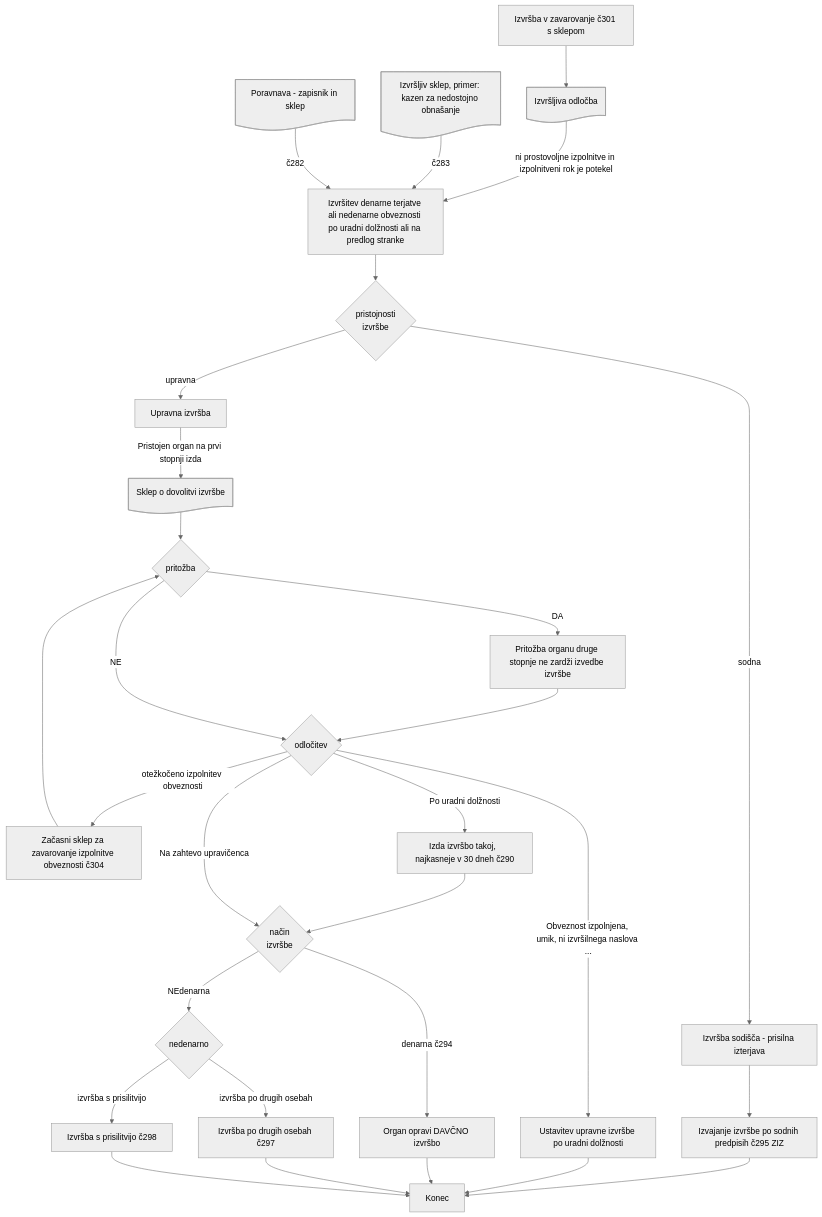
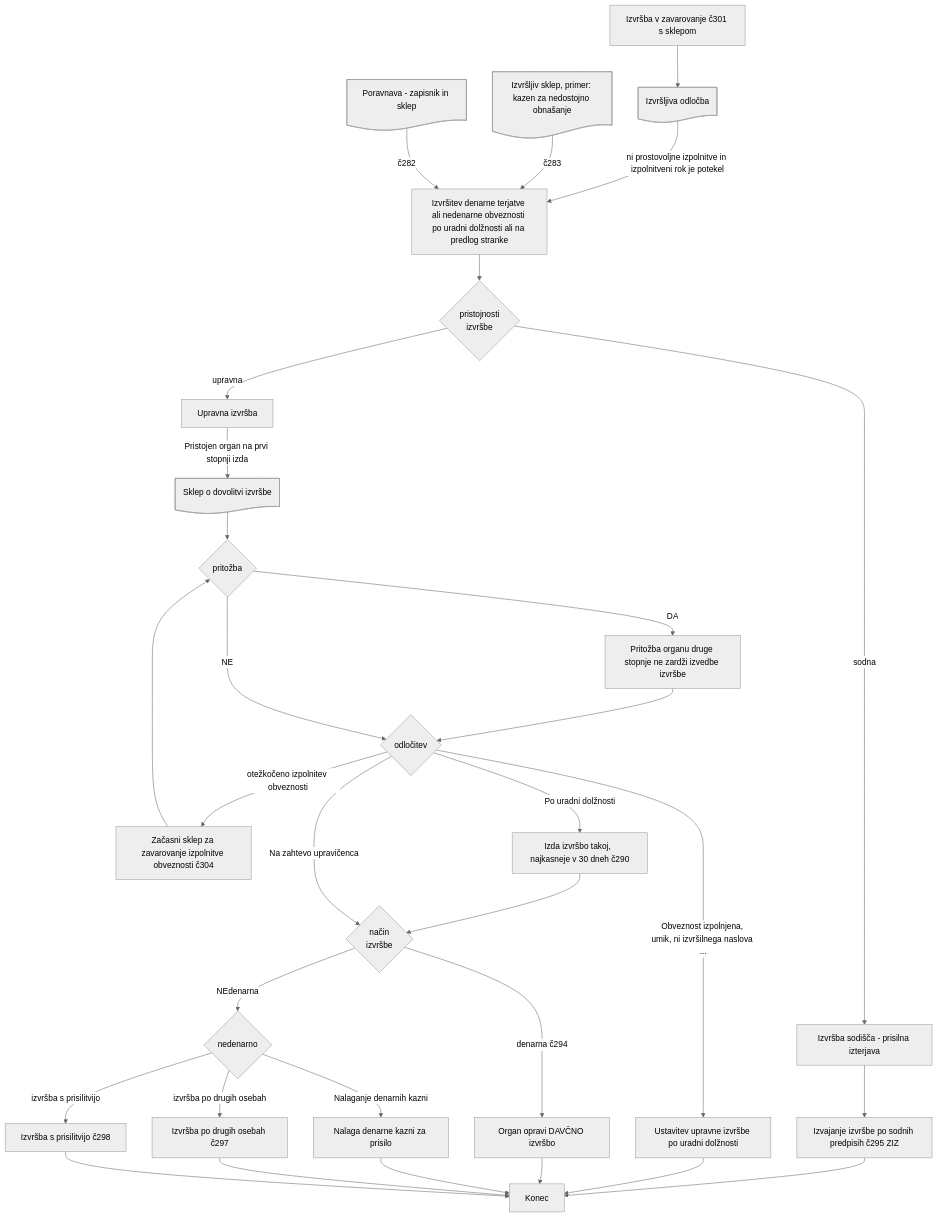
One commit to jernejiv/ZUP changed the diagram in podprocesi/izvrsba.md. Above: the diagram before and after it, drawn with Mermaid (neutral theme).

Commit message:
Update izvrsba.md - nedenarni kazni

````diff
--- a/podprocesi/izvrsba.md
+++ b/podprocesi/izvrsba.md
@@ -3,39 +3,41 @@
 ```mermaid
 flowchart TD
     ZAVIZV[Izvršba v zavarovanje č301 s sklepom]
     ZAVIZV --> ODL
     ODL["Izvršljiva odločba"]
     IS@{shape: doc, label: "Izvršljiv sklep, primer: kazen za nedostojno obnašanje"}
     POR@{shape: doc, label: "Poravnava - zapisnik in sklep"}
     ODL --> |ni prostovoljne izpolnitve in izpolnitveni rok je potekel| IZV[Izvršitev denarne terjatve ali nedenarne obveznosti po uradni dolžnosti ali na predlog stranke]
     IS --> |č283| IZV
     POR --> |č282| IZV
     IZV --> VI1{pristojnosti<BR> izvršbe}
     VI1 --> |sodna| IZV1[Izvršba sodišča - prisilna izterjava]
         IZV1 --> SODIZV[Izvajanje izvršbe po sodnih predpisih č295 ZIZ]
         SODIZV --> KON
     VI1 --> |upravna| IZV2[Upravna izvršba]
         IZV2 --> |Pristojen organ na prvi stopnji izda| SOI@{shape: doc, label: "Sklep o dovolitvi izvršbe"}        
         SOI --> IZVPRI{pritožba}
         IZVPRI --> |DA| C292[Pritožba organu druge stopnje ne zardži izvedbe izvršbe]
             C292 --> VI3
         IZVPRI --> |NE| VI3{odločitev}
         VI3 --> |Obveznost izpolnjena, umik, ni izvršilnega naslova ...| UST[Ustavitev upravne izvršbe po uradni dolžnosti]
             UST --> KON
         VI3 --> |otežkočeno izpolnitev obveznosti| IZVZAV[Začasni sklep za zavarovanje izpolnitve obveznosti č304]
             IZVZAV --> IZVPRI
         VI3 --> |Po uradni dolžnosti| IZVUD[Izda izvršbo takoj,  najkasneje v 30 dneh č290]
         IZVUD --> VI4
         VI3 --> |Na zahtevo upravičenca| VI4
         VI4{način<BR> izvršbe}
         VI4 --> |denarna č294| IZV3[Organ opravi DAVČNO izvršbo]
             IZV3 --> KON
         VI4 --> |NEdenarna| IZV4{nedenarno}
-            IZV4--> |izvršba po drugih osebah| C297[Izvršba po drugih osebah č297]
+            IZV4 --> |Nalaganje denarnih kazni| C297A[Nalaga denarne kazni za prisilo]
+                C297A --> KON
+            IZV4 --> |izvršba po drugih osebah| C297[Izvršba po drugih osebah č297]
                 C297 --> KON
-            IZV4--> |izvršba s prisilitvijo| C298[Izvršba s prisilitvijo č298]
+            IZV4 --> |izvršba s prisilitvijo| C298[Izvršba s prisilitvijo č298]
                 C298 --> KON
     %% |Samo med uradnimi uravmi med 6 in 20.00| IZVD[Izvršilno dejanje]
     KON[Konec]
     ODL@{shape: doc}
 ```
````
